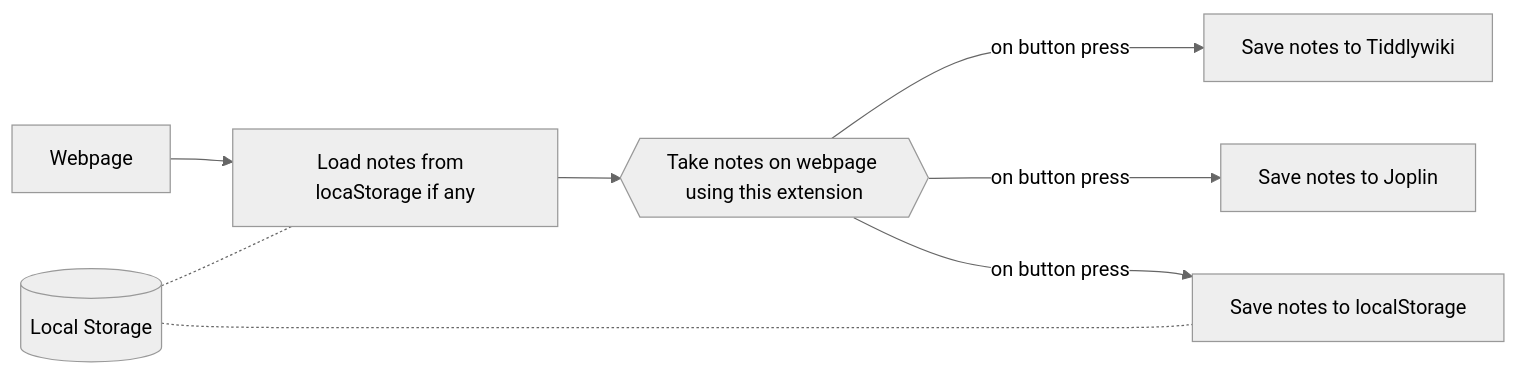
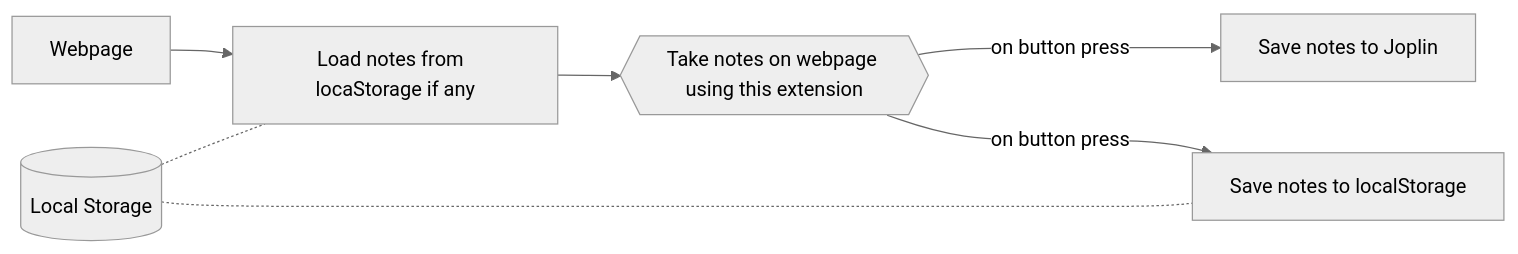
One commit to kvgc153/WebResearcherJS changed the first of 2 diagrams in docs/docs.md. Above: the diagram before and after it, drawn with Mermaid (neutral theme). The commit also changed other lines of this file and 4 other files, not shown here.

````diff
--- a/docs/docs.md
+++ b/docs/docs.md
@@ -2,14 +2,13 @@
 ```mermaid
 flowchart LR
     webpage[Webpage] --> load[Load notes from  locaStorage if any] 
    
     load --> Notes{{Take notes on webpage using this extension}}
-    Notes  ---> |on button press| Export1[Save notes to Tiddlywiki]
     Notes  ---> |on button press| Export2[Save notes to Joplin]
     Notes  ---> |on button press| Export3[Save notes to localStorage]
 
     localStorage[(Local Storage)]
     localStorage -.- load
     localStorage -.- Export3
 
 ```
````
